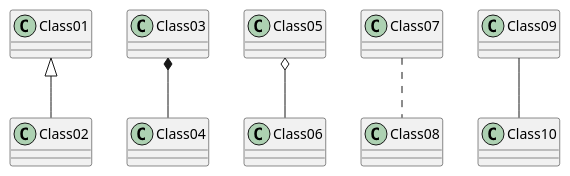
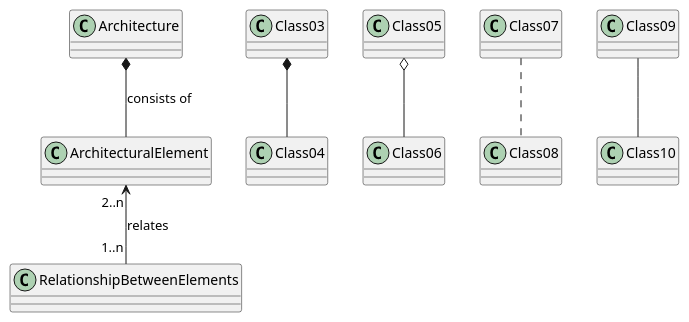
One commit to yasukei/yasukei.github.io changed the diagram in _posts/2017-06-02-software-system-architecture.md. Above: the diagram before and after it, drawn with PlantUML. The commit also changed other lines of this file, not shown here.

```diff
--- a/_posts/2017-06-02-software-system-architecture.md
+++ b/_posts/2017-06-02-software-system-architecture.md
@@ -12,7 +12,8 @@
 @startuml
-Class01 <|-- Class02
+Architecture *-- ArchitecturalElement : consists of
+ArchitecturalElement "2..n" <-- "1..n" RelationshipBetweenElements : relates
 Class03 *-- Class04
 Class05 o-- Class06
 Class07 .. Class08
 Class09 -- Class10
 @enduml
```
